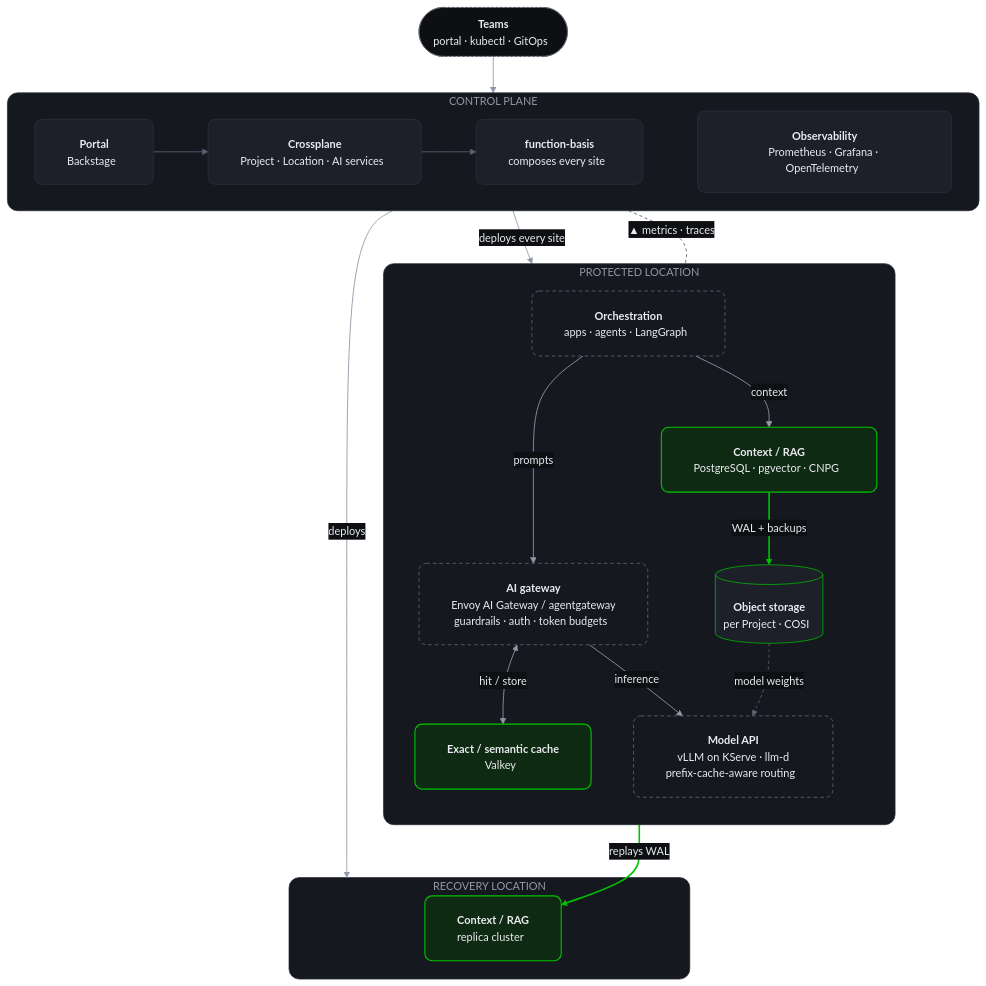
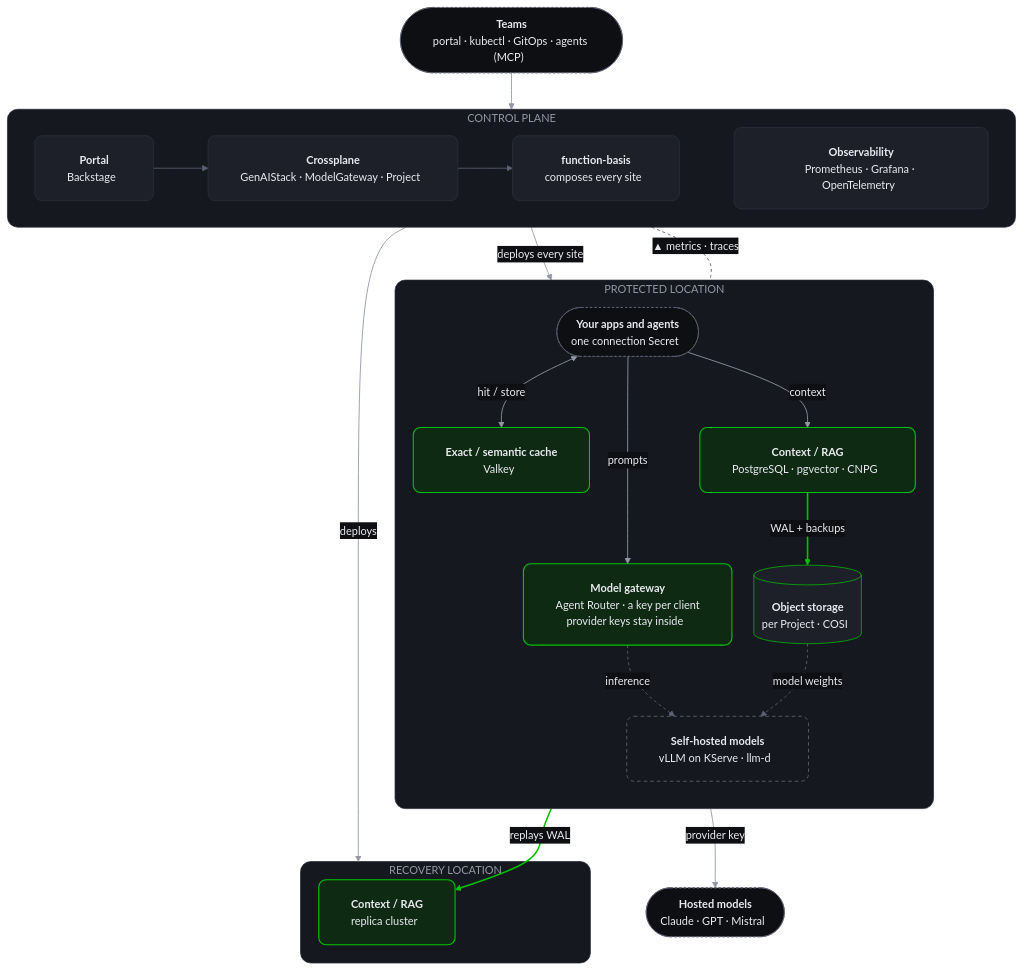
Before and after one commit to bartvanbenthem/basis-ai: the diagram in portal/catalog/docs/diagrams/architecture.mmd, drawn with Mermaid. The commit also changed 271 other files, not shown here.

```diff
--- a/portal/catalog/docs/diagrams/architecture.mmd
+++ b/portal/catalog/docs/diagrams/architecture.mmd
@@ -1,80 +1,82 @@
 %%{init: {
   "theme": "base",
   "themeVariables": {
     "fontFamily": "DejaVu Sans, Verdana, sans-serif",
     "fontSize": "15px",
     "background": "#0e0f13",
     "primaryColor": "#1d2029",
     "primaryTextColor": "#e9ebf0",
     "primaryBorderColor": "#2d3240",
     "secondaryColor": "#16181f",
     "tertiaryColor": "#16181f",
     "lineColor": "#5b6170",
     "textColor": "#9197a6",
     "clusterBkg": "#16181f",
     "clusterBorder": "#272a35",
     "titleColor": "#9197a6",
     "edgeLabelBackground": "#0e0f13"
   },
   "flowchart": { "curve": "basis", "padding": 22, "nodeSpacing": 30, "rankSpacing": 50, "diagramPadding": 28, "htmlLabels": true, "wrappingWidth": 260 }
 }}%%
 flowchart TB
-  team(["<b>Teams</b><br/><span style='color:#9197a6'>portal · kubectl · GitOps&nbsp;&nbsp;</span>"])
+  team(["<b>Teams</b><br/><span style='color:#9197a6'>portal · kubectl · GitOps · agents (MCP)&nbsp;&nbsp;</span>"])
 
   subgraph cp["CONTROL PLANE"]
     direction LR
     portal["<b>Portal</b><br/><span style='color:#9197a6'>Backstage&nbsp;&nbsp;</span>"]
-    xr["<b>Crossplane</b><br/><span style='color:#9197a6'>Project · Location · AI services&nbsp;&nbsp;</span>"]
+    xr["<b>Crossplane</b><br/><span style='color:#9197a6'>GenAIStack · ModelGateway · Project&nbsp;&nbsp;</span>"]
     fn["<b>function-basis</b><br/><span style='color:#9197a6'>composes every site&nbsp;&nbsp;</span>"]
     obs["<b>Observability</b><br/><span style='color:#9197a6'>Prometheus · Grafana · OpenTelemetry&nbsp;&nbsp;</span>"]
     portal --> xr --> fn
     fn ~~~ obs
   end
 
   subgraph prot["PROTECTED LOCATION"]
     direction TB
-    app["<b>Orchestration</b><br/><span style='color:#9197a6'>apps · agents · LangGraph&nbsp;&nbsp;</span>"]
-    gw["<b>AI gateway</b><br/><span style='color:#9197a6'>Envoy AI Gateway / agentgateway<br/>guardrails · auth · token budgets&nbsp;&nbsp;</span>"]
+    app(["<b>Your apps and agents</b><br/><span style='color:#9197a6'>one connection Secret&nbsp;&nbsp;</span>"])
+    gw["<b>Model gateway</b><br/><span style='color:#9197a6'>Agent Router · a key per client<br/>provider keys stay inside&nbsp;&nbsp;</span>"]
     cache["<b>Exact / semantic cache</b><br/><span style='color:#9197a6'>Valkey&nbsp;&nbsp;</span>"]
-    models["<b>Model API</b><br/><span style='color:#9197a6'>vLLM on KServe · llm-d<br/>prefix-cache-aware routing&nbsp;&nbsp;</span>"]
+    models["<b>Self-hosted models</b><br/><span style='color:#9197a6'>vLLM on KServe · llm-d&nbsp;&nbsp;</span>"]
     rag["<b>Context / RAG</b><br/><span style='color:#9197a6'>PostgreSQL · pgvector · CNPG&nbsp;&nbsp;</span>"]
     bucket[("<b>Object storage</b><br/><span style='color:#9197a6'>per Project · COSI&nbsp;&nbsp;</span>")]
     app -- "prompts" --> gw
-    gw <-- "hit / store" --> cache
+    app <-- "hit / store" --> cache
     gw -- "inference" --> models
     app -- "context" --> rag
     rag == "WAL + backups" ==> bucket
     bucket -. "model weights" .-> models
   end
 
   subgraph rec["RECOVERY LOCATION"]
     pg2["<b>Context / RAG</b><br/><span style='color:#9197a6'>replica cluster&nbsp;&nbsp;</span>"]
   end
 
+  hosted(["<b>Hosted models</b><br/><span style='color:#9197a6'>Claude · GPT · Mistral&nbsp;&nbsp;</span>"])
+  gw -- "provider key" --> hosted
   team --> cp
   cp -- "deploys every site" --> prot
   cp -- "deploys" --> rec
   bucket == "replays WAL" ==> pg2
   cp <-.-|"▲ metrics · traces"| prot
 
   classDef node fill:#1d2029,stroke:#2d3240,stroke-width:1px,color:#e9ebf0,rx:10,ry:10
   classDef live fill:#0f2a12,stroke:#00c300,stroke-width:1.5px,color:#e9ebf0,rx:10,ry:10
   classDef store fill:#1d2029,stroke:#00c300,stroke-width:1px,color:#e9ebf0
   classDef planned fill:#16181f,stroke:#5b6170,stroke-width:1.2px,color:#e9ebf0,stroke-dasharray:5 4,rx:10,ry:10
   classDef actor fill:#0e0f13,stroke:#5b6170,stroke-width:1px,color:#e9ebf0,stroke-dasharray:3 3
   class portal,xr,fn,obs node
-  class rag,pg2,cache live
+  class rag,pg2,cache,gw live
   class bucket store
-  class app,gw,models planned
-  class team actor
+  class models planned
+  class team,app,hosted actor
 
   style cp fill:#16181f,stroke:#272a35,stroke-width:1px,color:#9197a6,rx:14,ry:14
   style prot fill:#16181f,stroke:#272a35,stroke-width:1px,color:#9197a6,rx:14,ry:14
   style rec fill:#16181f,stroke:#272a35,stroke-width:1px,color:#9197a6,rx:14,ry:14
 
   linkStyle 0,1 stroke:#5b6170,stroke-width:1.2px
-  linkStyle 3,4,5,6 stroke:#9197a6,stroke-width:1.2px
-  linkStyle 7,12 stroke:#00c300,stroke-width:2.2px
-  linkStyle 8 stroke:#5b6170,stroke-width:1.2px,stroke-dasharray:4 4
-  linkStyle 9,10,11 stroke:#9197a6,stroke-width:1.2px
-  linkStyle 13 stroke:#5b6170,stroke-width:1.2px,stroke-dasharray:4 4
+  linkStyle 3,4,6,9 stroke:#9197a6,stroke-width:1.2px
+  linkStyle 5,8 stroke:#5b6170,stroke-width:1.2px,stroke-dasharray:4 4
+  linkStyle 7,13 stroke:#00c300,stroke-width:2.2px
+  linkStyle 10,11,12 stroke:#9197a6,stroke-width:1.2px
+  linkStyle 14 stroke:#5b6170,stroke-width:1.2px,stroke-dasharray:4 4
```
